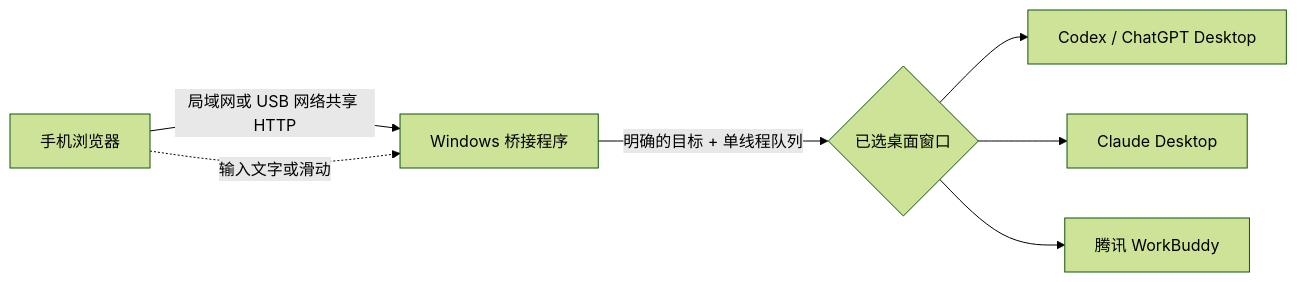
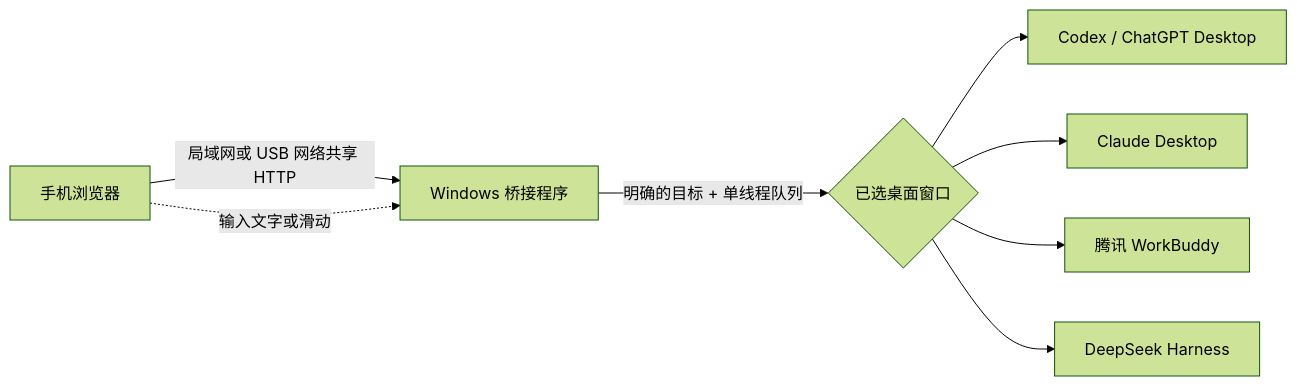
One commit to L3n3L/codex-phone-connect changed the diagram in README.md. Above: the diagram before and after it, drawn with Mermaid (forest theme). The commit also changed other lines of this file and 15 other files, not shown here.

Commit message:
Add DeepSeek Harness desktop agent support

````diff
--- a/README.md
+++ b/README.md
@@ -52,9 +52,10 @@
 ```mermaid
 flowchart LR
     Phone[手机浏览器] -->|局域网或 USB 网络共享 HTTP| Bridge[Windows 桥接程序]
     Bridge -->|明确的目标 + 单线程队列| Target{已选桌面窗口}
     Target --> GPT[Codex / ChatGPT Desktop]
     Target --> Claude[Claude Desktop]
     Target --> WorkBuddy[腾讯 WorkBuddy]
+    Target --> DSH[DeepSeek Harness]
     Phone -. 输入文字或滑动 .-> Bridge
 ```
````
